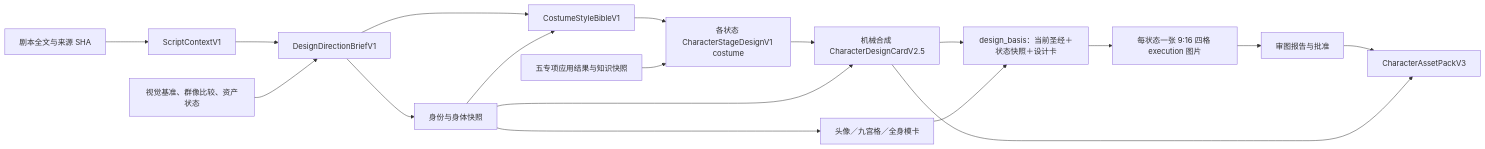
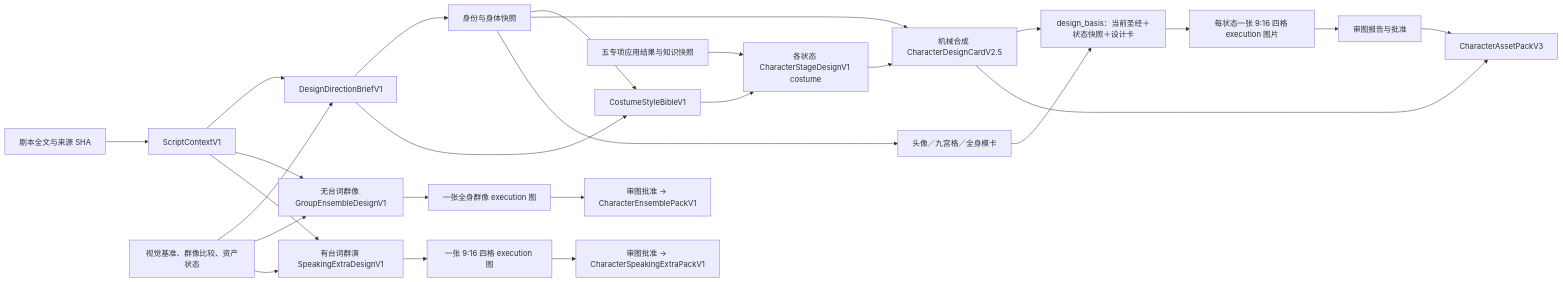
The third of 3 diagrams in README.md (kaibaoxiang-studio/ZiChan), drawn with Mermaid before and after one commit. The commit also changed other lines of this file and 43 other files, not shown here.

Commit message:
fix(character-assets): route extras to one execution image in v0.2.6.1

````diff
--- a/README.md
+++ b/README.md
@@ -82,20 +106,28 @@
 ```mermaid
 flowchart LR
     A["剧本全文与来源 SHA"] --> B["ScriptContextV1"]
     B --> C["DesignDirectionBriefV1"]
+    B --> Q["无台词群像 GroupEnsembleDesignV1"]
+    B --> T["有台词群演 SpeakingExtraDesignV1"]
     D["视觉基准、群像比较、资产状态"] --> C
     C --> E["身份与身体快照"]
     C --> F["CostumeStyleBibleV1"]
     E --> F
     F --> G["各状态 CharacterStageDesignV1 costume"]
     H["五专项应用结果与知识快照"] --> G
     G --> I["机械合成 CharacterDesignCardV2.5"]
     E --> I
     E --> J["头像／九宫格／全身模卡"]
     I --> K["design_basis：当前圣经＋状态快照＋设计卡"]
     J --> K
     K --> L["每状态一张 9:16 四格 execution 图片"]
     L --> M["审图报告与批准"]
     M --> N["CharacterAssetPackV3"]
     I --> N
+    D --> Q
+    Q --> R["一张全身群像 execution 图"]
+    R --> S["审图批准 → CharacterEnsemblePackV1"]
+    D --> T
+    T --> U["一张 9:16 四格 execution 图"]
+    U --> V["审图批准 → CharacterSpeakingExtraPackV1"]
 ```
````
